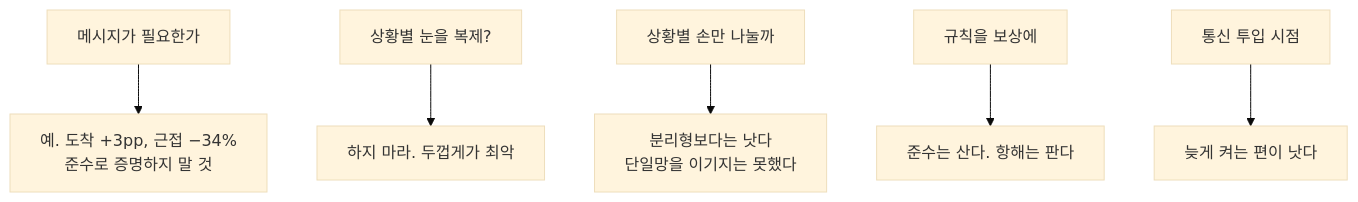
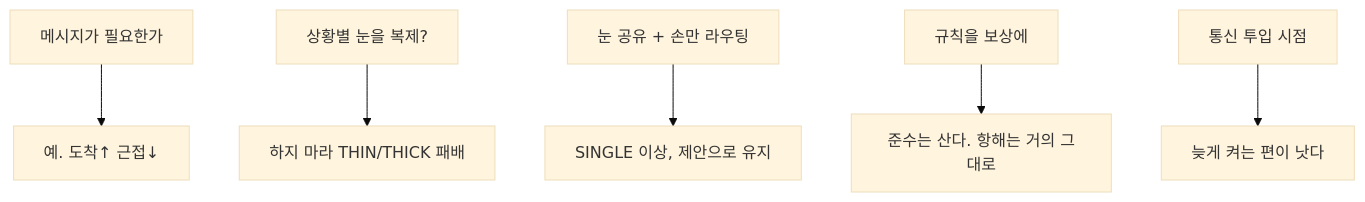
Before and after one commit to gyh1238/vessel: the second of 2 diagrams in DISCUSSION.md, drawn with Mermaid (base theme). The commit also changed other lines of this file and 42 other files, not shown here.

````diff
--- a/DISCUSSION.md
+++ b/DISCUSSION.md
@@ -246,8 +134,8 @@
 ```mermaid
 flowchart TB
-  Q1["메시지가 필요한가"] --> A1["예. 도착 +3pp, 근접 −34%<br/>준수로 증명하지 말 것"]
-  Q2["상황별 눈을 복제?"] --> A2["하지 마라. 두껍게가 최악"]
-  Q3["상황별 손만 나눌까"] --> A3["분리형보다는 낫다<br/>단일망을 이기지는 못했다"]
-  Q4["규칙을 보상에"] --> A4["준수는 산다. 항해는 판다"]
+  Q1["메시지가 필요한가"] --> A1["예. 도착↑ 근접↓"]
+  Q2["상황별 눈을 복제?"] --> A2["하지 마라 THIN/THICK 패배"]
+  Q3["눈 공유 + 손만 라우팅"] --> A3["SINGLE 이상, 제안으로 유지"]
+  Q4["규칙을 보상에"] --> A4["준수는 산다. 항해는 거의 그대로"]
   Q5["통신 투입 시점"] --> A5["늦게 켜는 편이 낫다"]
 ```
````
